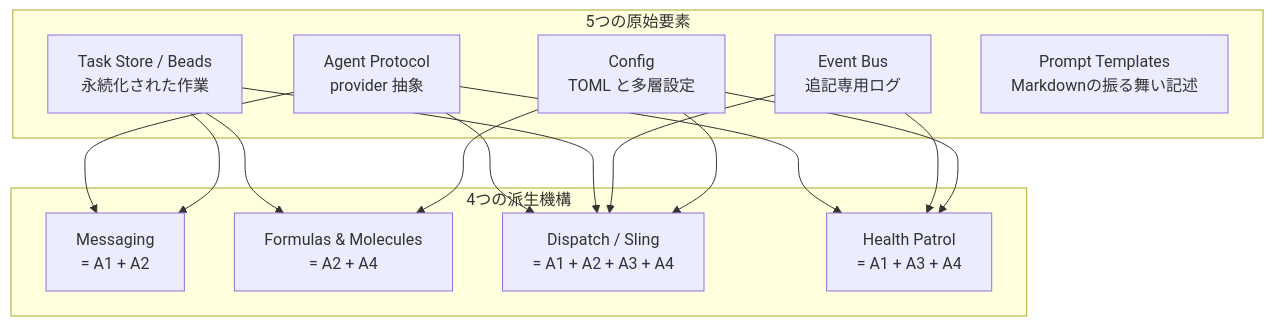
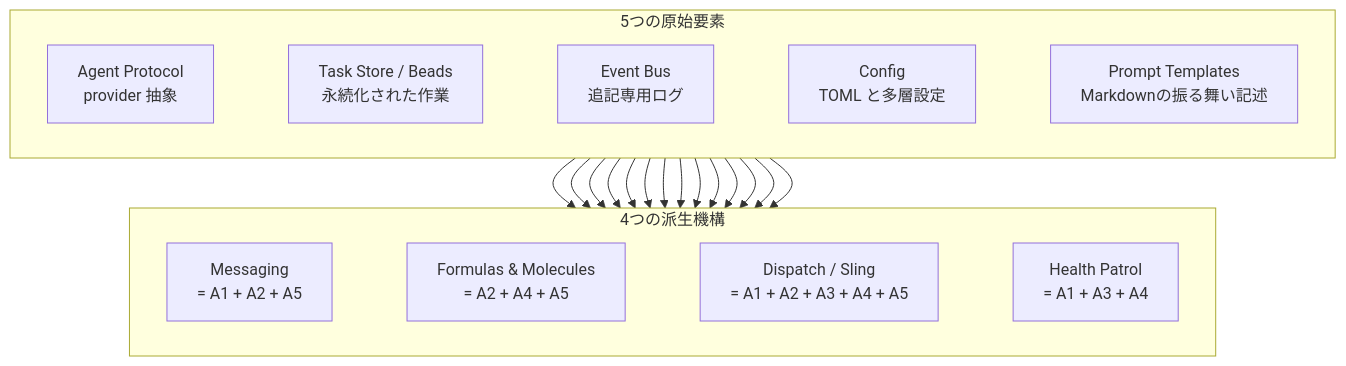
One commit to ymdvsymd/gascity changed the third of 3 diagrams in .history/20260429-usage/OVERVIEW.md. Above: the diagram before and after it, drawn with Mermaid. The commit also changed other lines of this file, not shown here.

````diff
--- a/.history/20260429-usage/OVERVIEW.md
+++ b/.history/20260429-usage/OVERVIEW.md
@@ -148,27 +161,34 @@
 ```mermaid
 graph TB
     subgraph 原始要素[5つの原始要素]
+        direction LR
         A1[Agent Protocol<br>provider 抽象]
         A2[Task Store / Beads<br>永続化された作業]
         A3[Event Bus<br>追記専用ログ]
         A4[Config<br>TOML と多層設定]
         A5[Prompt Templates<br>Markdownの振る舞い記述]
+        A1 ~~~ A2 ~~~ A3 ~~~ A4 ~~~ A5
     end
     subgraph 派生機構[4つの派生機構]
-        B1[Messaging<br>= A1 + A2]
-        B2[Formulas & Molecules<br>= A2 + A4]
-        B3[Dispatch / Sling<br>= A1 + A2 + A3 + A4]
+        direction LR
+        B1[Messaging<br>= A1 + A2 + A5]
+        B2[Formulas & Molecules<br>= A2 + A4 + A5]
+        B3[Dispatch / Sling<br>= A1 + A2 + A3 + A4 + A5]
         B4[Health Patrol<br>= A1 + A3 + A4]
+        B1 ~~~ B2 ~~~ B3 ~~~ B4
     end
     A1 --> B1
     A2 --> B1
+    A5 --> B1
     A2 --> B2
     A4 --> B2
+    A5 --> B2
     A1 --> B3
     A2 --> B3
     A3 --> B3
     A4 --> B3
+    A5 --> B3
     A1 --> B4
     A3 --> B4
     A4 --> B4
 ```
````
